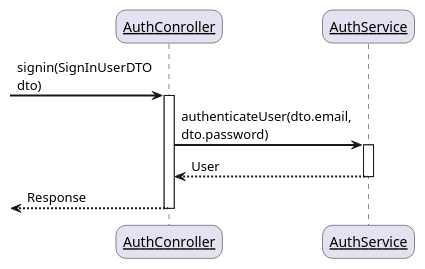
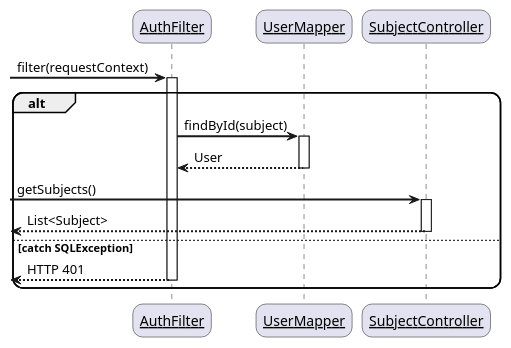
Before and after one commit to omjadas/ekzameno: the diagram in docs/diagrams/sequence/authenticationEnforcer.puml, drawn with PlantUML. The commit also changed 2 other files, not shown here.

Commit message:
sequence diagram

```diff
--- a/docs/diagrams/sequence/authenticationEnforcer.puml
+++ b/docs/diagrams/sequence/authenticationEnforcer.puml
@@ -1,23 +1,35 @@
 @startuml Authentication Enforcer
 
 skinparam sequenceArrowThickness 2
 skinparam roundcorner 20
 skinparam maxmessagesize 130
 skinparam sequenceParticipant underline
 
-participant "AuthConroller" as A
-participant "AuthService" as B
+participant "AuthFilter" as A
+participant "UserMapper" as B
+participant "SubjectController" as C
 
--> A: signin(SignInUserDTO dto)
+-> A: filter(requestContext)
 activate A
 
-A -> B: authenticateUser(dto.email, dto.password)
-activate B
+alt
+    A -> B: findById(subject)
+    activate B
 
-B --> A: User
-deactivate B
+    B --> A: User
+    deactivate B
 
-<-- A: Response
-deactivate A
+    -> C: getSubjects()
+    activate C
+    
+    <-- C: List<Subject> 
+    deactivate C
+
+else catch SQLException
+
+    <-- A: HTTP 401
+    deactivate A
+
+end
 
 @enduml
```
